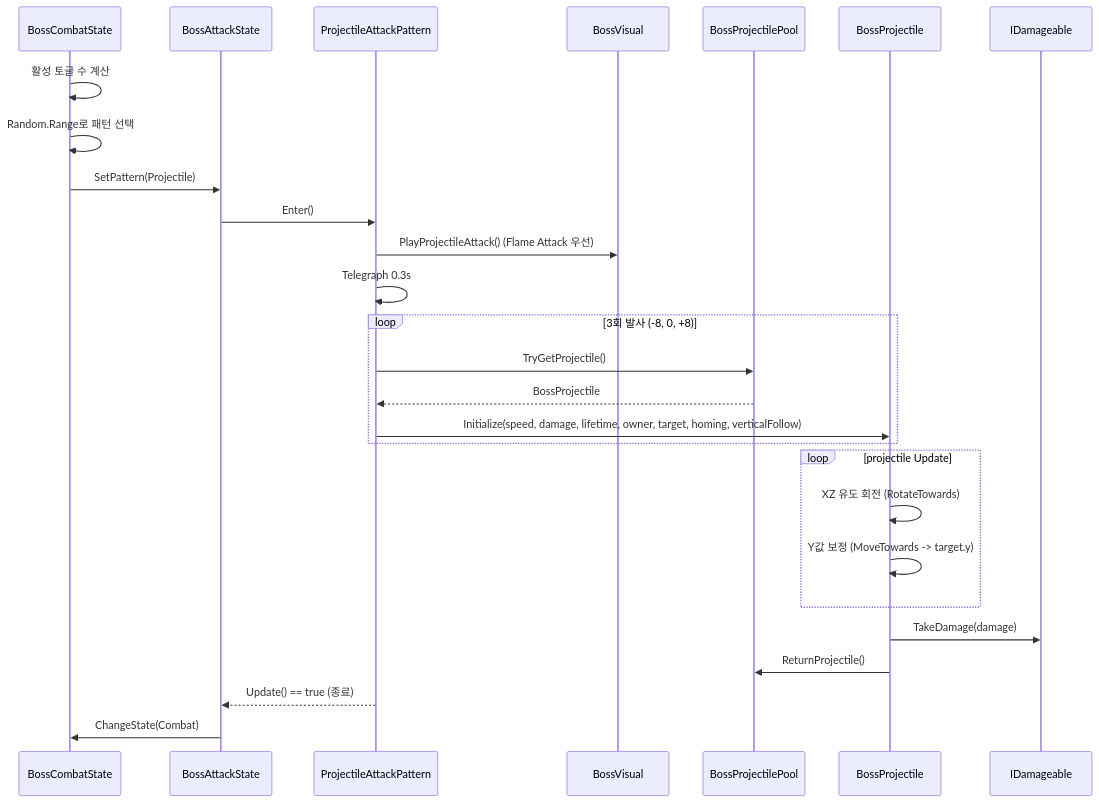
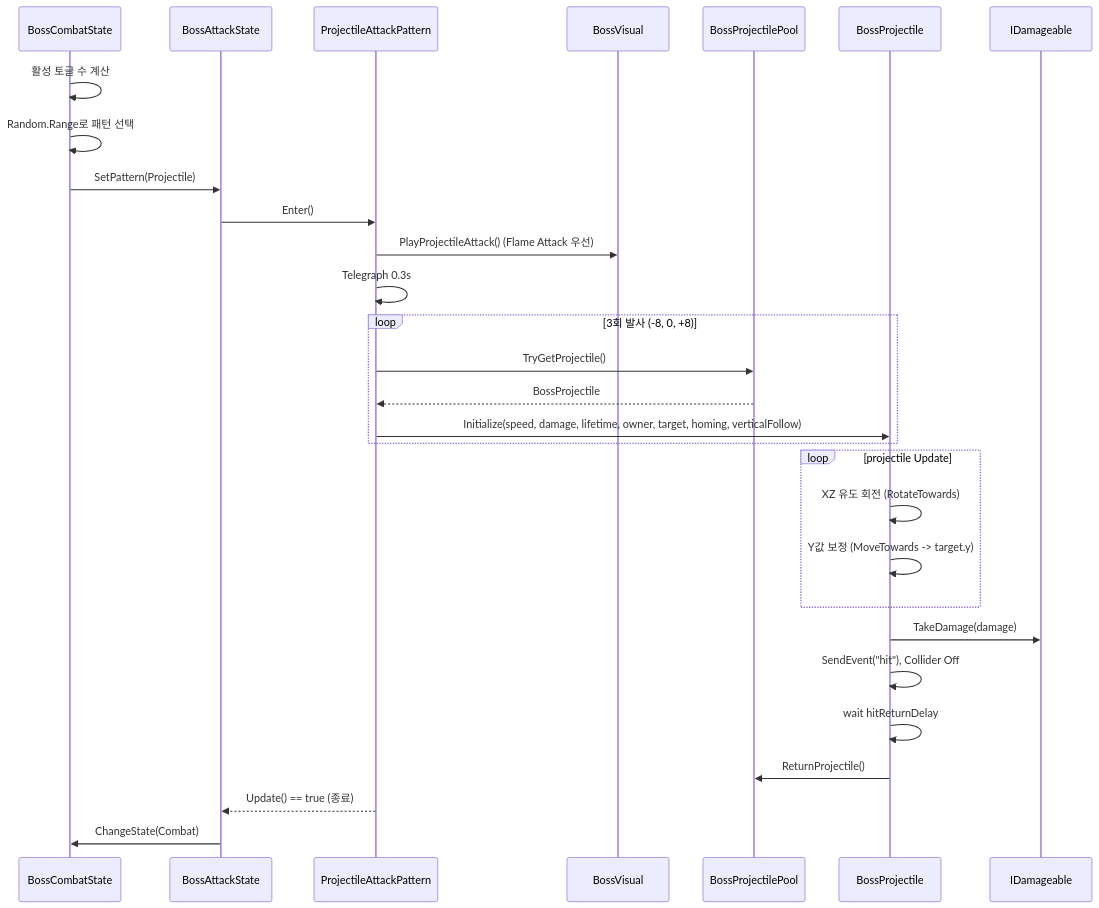
Before and after one commit to griver726-lab/BossRaidPortfolio: the second of 2 diagrams in docs/technical/Input_FSM_Flow.md, drawn with Mermaid. The commit also changed other lines of this file and 26 other files, not shown here.

````diff
--- a/docs/technical/Input_FSM_Flow.md
+++ b/docs/technical/Input_FSM_Flow.md
@@ -164,30 +164,32 @@
 ```mermaid
 sequenceDiagram
     participant Combat as BossCombatState
     participant Attack as BossAttackState
     participant Pattern as ProjectileAttackPattern
     participant Visual as BossVisual
     participant Pool as BossProjectilePool
     participant Proj as BossProjectile
     participant Target as IDamageable
 
     Combat->>Combat: 활성 토글 수 계산
     Combat->>Combat: Random.Range로 패턴 선택
     Combat->>Attack: SetPattern(Projectile)
     Attack->>Pattern: Enter()
     Pattern->>Visual: PlayProjectileAttack() (Flame Attack 우선)
     Pattern->>Pattern: Telegraph 0.3s
     loop 3회 발사 (-8, 0, +8)
         Pattern->>Pool: TryGetProjectile()
         Pool-->>Pattern: BossProjectile
         Pattern->>Proj: Initialize(speed, damage, lifetime, owner, target, homing, verticalFollow)
     end
     loop projectile Update
         Proj->>Proj: XZ 유도 회전 (RotateTowards)
         Proj->>Proj: Y값 보정 (MoveTowards -> target.y)
     end
     Proj->>Target: TakeDamage(damage)
+    Proj->>Proj: SendEvent("hit"), Collider Off
+    Proj->>Proj: wait hitReturnDelay
     Proj->>Pool: ReturnProjectile()
     Pattern-->>Attack: Update() == true (종료)
     Attack->>Combat: ChangeState(Combat)
 ```
````
